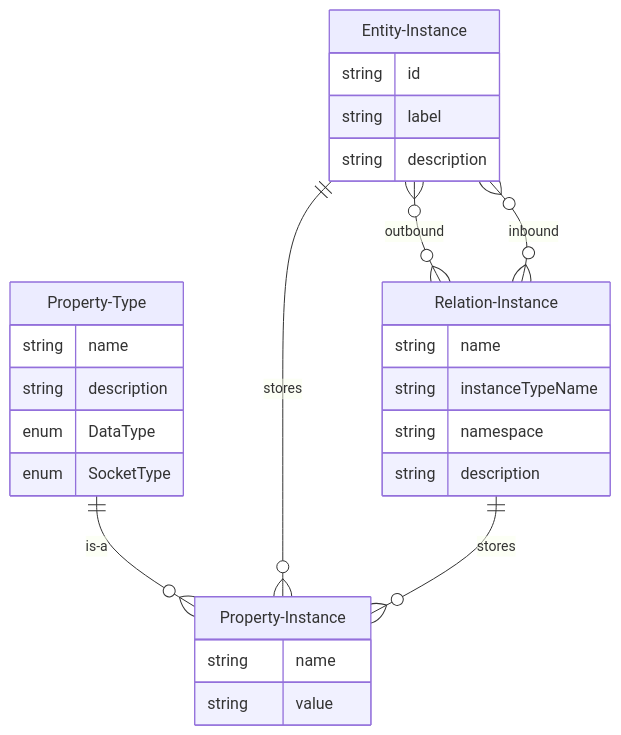
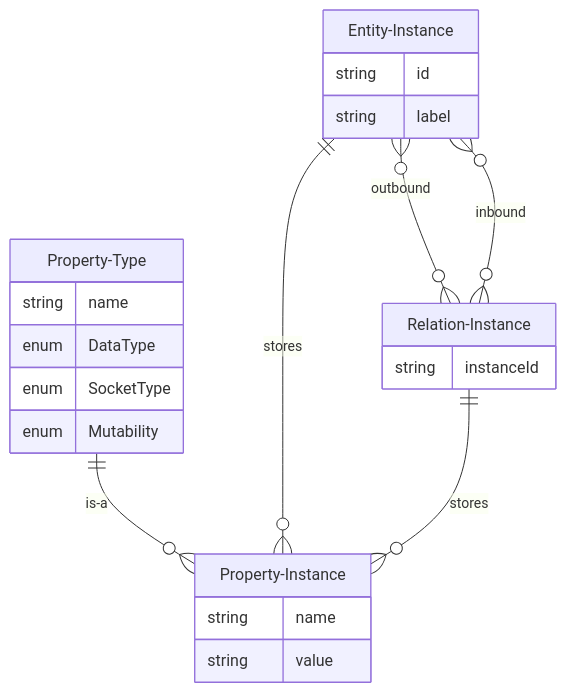
Before and after one commit to reactive-graph/reactive-graph: the second of 2 diagrams in docs/inexor-rgf/src/Model_Property_Instance.md, drawn with Mermaid. The commit also changed other lines of this file and 8 other files, not shown here.

````diff
--- a/docs/inexor-rgf/src/Model_Property_Instance.md
+++ b/docs/inexor-rgf/src/Model_Property_Instance.md
@@ -31,29 +38,25 @@
 ```mermaid
 erDiagram
     Property-Type {
         string name
-        string description
         enum DataType
         enum SocketType
+        enum Mutability
     }
     Property-Instance {
         string name
         string value
     }
     Entity-Instance {
         string id
         string label
-        string description
     }
     Relation-Instance {
-        string name
-        string instanceTypeName
-        string namespace
-        string description
+        string instanceId
     }
     Property-Type ||--}o Property-Instance : is-a
     Entity-Instance ||--}o Property-Instance : stores
     Entity-Instance o{--}o Relation-Instance : outbound
     Entity-Instance o{--}o Relation-Instance : inbound
     Relation-Instance ||--}o Property-Instance : stores
 ```
````
